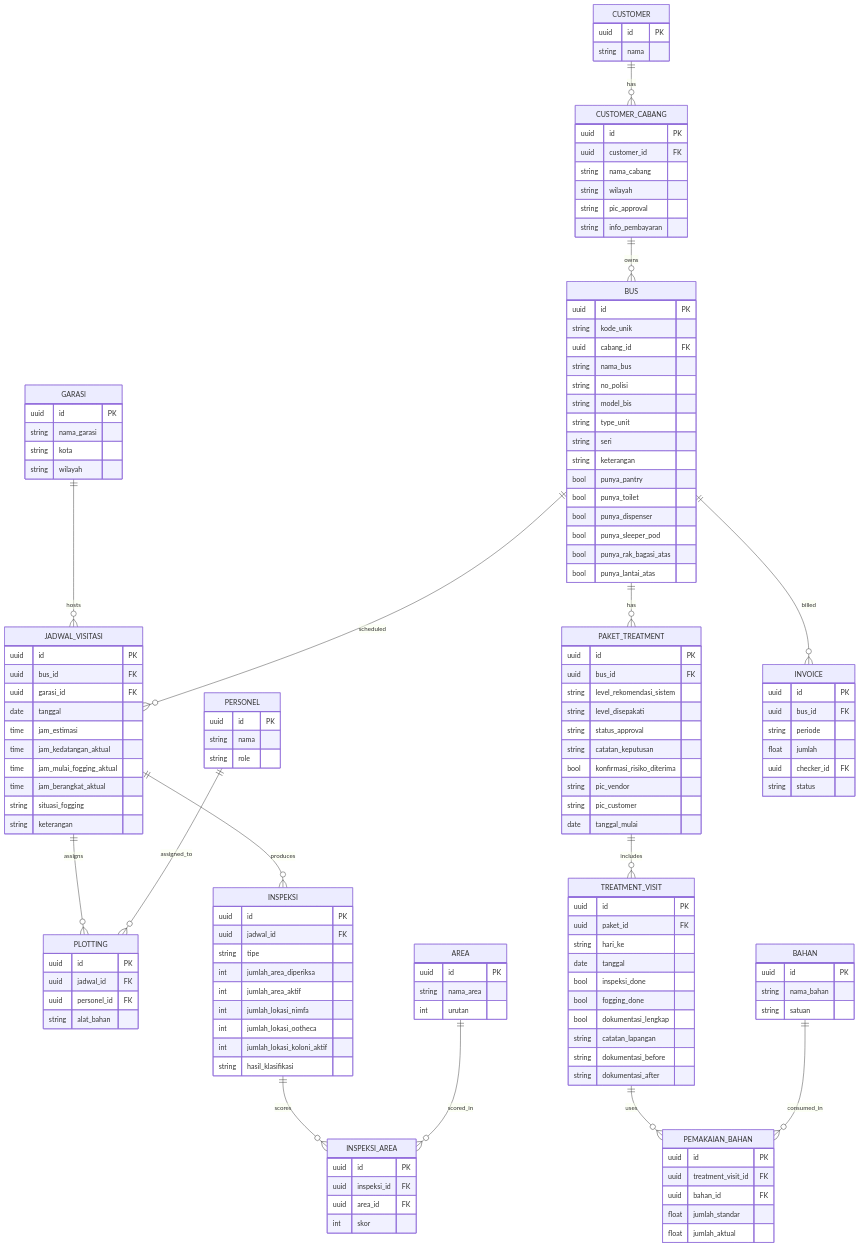
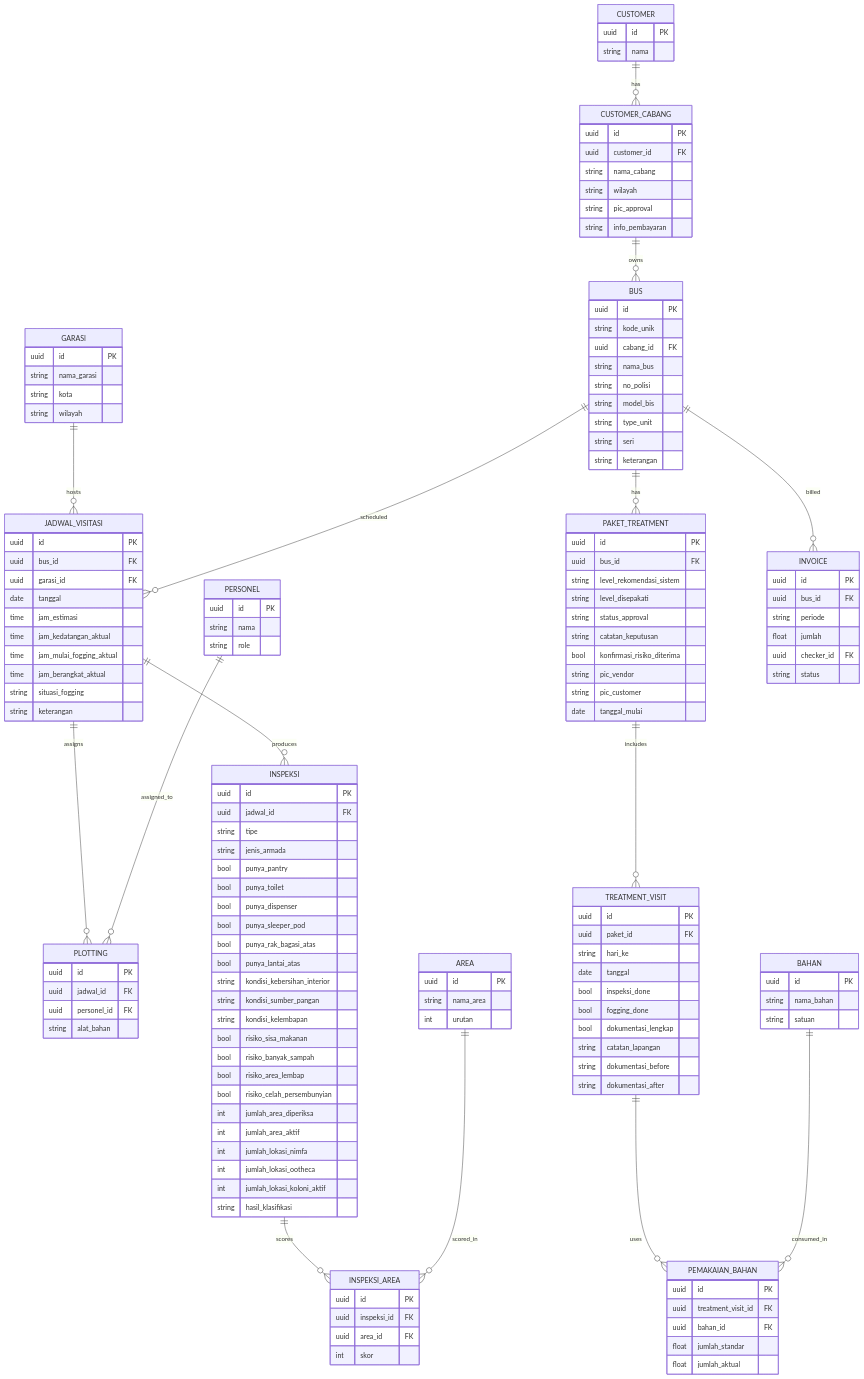
One commit to Vanialive/WorkflowBugHunter changed the second of 2 diagrams in README.md. Above: the diagram before and after it, drawn with Mermaid. The commit also changed other lines of this file, not shown here.

```diff
--- a/README.md
+++ b/README.md
@@ -81,12 +80,6 @@
         string type_unit
         string seri
         string keterangan
-        bool punya_pantry
-        bool punya_toilet
-        bool punya_dispenser
-        bool punya_sleeper_pod
-        bool punya_rak_bagasi_atas
-        bool punya_lantai_atas
     }
     GARASI {
         uuid id PK
@@ -121,6 +114,20 @@
         uuid id PK
         uuid jadwal_id FK
         string tipe
+        string jenis_armada
+        bool punya_pantry
+        bool punya_toilet
+        bool punya_dispenser
+        bool punya_sleeper_pod
+        bool punya_rak_bagasi_atas
+        bool punya_lantai_atas
+        string kondisi_kebersihan_interior
+        string kondisi_sumber_pangan
+        string kondisi_kelembapan
+        bool risiko_sisa_makanan
+        bool risiko_banyak_sampah
+        bool risiko_area_lembap
+        bool risiko_celah_persembunyian
         int jumlah_area_diperiksa
         int jumlah_area_aktif
         int jumlah_lokasi_nimfa
```
